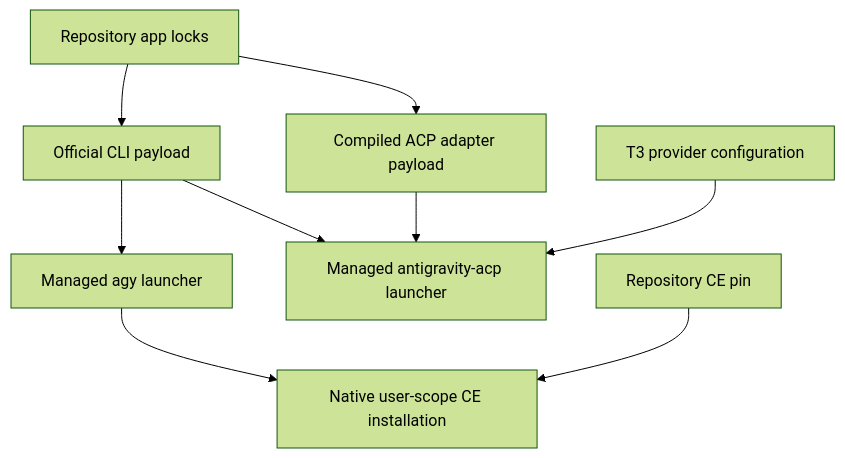
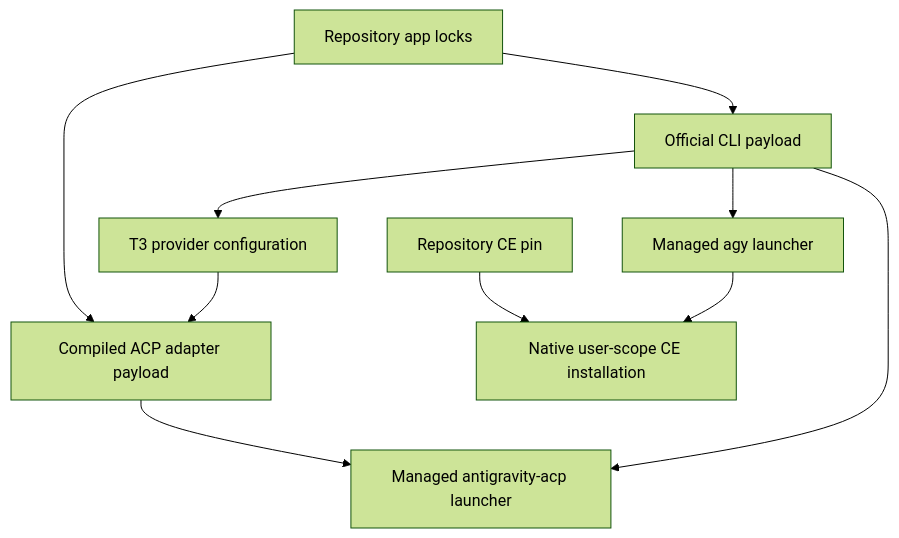
One commit to hyperlapse122/dotfiles changed the second of 2 diagrams in .compound-engineering/artifacts/plans/2026-11-05-1334-feat-antigravity-managed-harness-plan.md. Above: the diagram before and after it, drawn with Mermaid (forest theme). The commit also changed other lines of this file and 5 other files, not shown here.

````diff
--- a/.compound-engineering/artifacts/plans/2026-11-05-1334-feat-antigravity-managed-harness-plan.md
+++ b/.compound-engineering/artifacts/plans/2026-11-05-1334-feat-antigravity-managed-harness-plan.md
@@ -169,11 +170,12 @@
 ```mermaid
 flowchart TB
   L[Repository app locks] --> A[Official CLI payload]
   L --> B[Compiled ACP adapter payload]
   A --> C[Managed agy launcher]
   B --> D[Managed antigravity-acp launcher]
   A --> D
   P[Repository CE pin] --> E[Native user-scope CE installation]
   C --> E
-  T[T3 provider configuration] --> D
+  T[T3 provider configuration] --> B
+  A --> T
 ```
````
